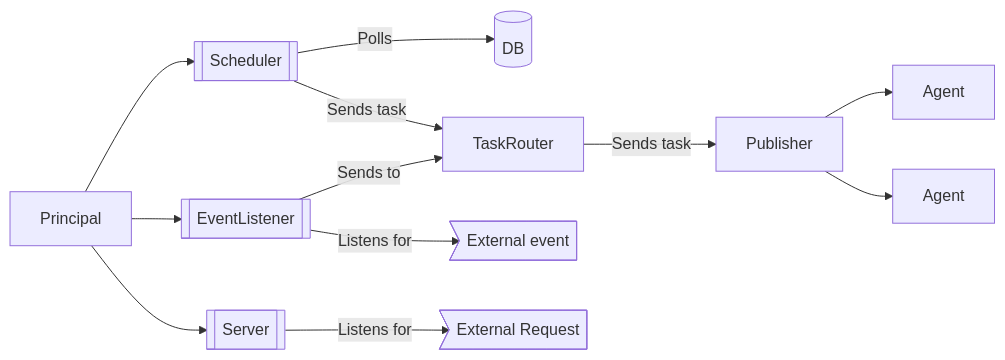
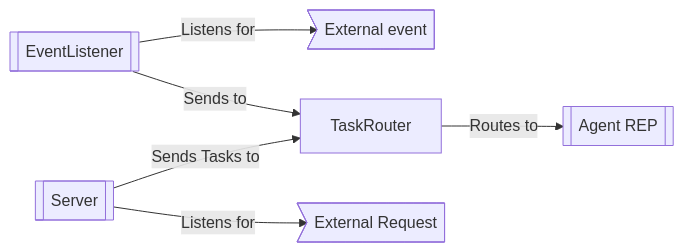
The second of 2 diagrams in cdkr-book/src/principals_vs_agents.md (nicelgueta/cdktr), drawn with Mermaid before and after one commit. The commit also changed other lines of this file and 14 other files, not shown here.

````diff
--- a/cdkr-book/src/principals_vs_agents.md
+++ b/cdkr-book/src/principals_vs_agents.md
@@ -36,15 +31,9 @@
 ```mermaid
 graph LR
-    B[Principal] --> C[[Scheduler]]
-    C -->|Polls| DB[(DB)]
-    C -->|Sends task| A[TaskRouter]
-    A -->|Sends task| D[Publisher]
-    D --> E[Agent]
-    D --> F[Agent]
-    B --> G[[Server]]
-    B --> H[[EventListener]]
-    H -->|Listens for| I>External event]
-    H -->|Sends to| A
-    G -->|Listens for| J>External Request]
+    H[[EventListener]] -->|Listens for| I>External event]
+    H -->|Sends to| A[TaskRouter]
+    G[[Server]] -->|Listens for| J>External Request]
+    G -->|Sends Tasks to| A
+    A -->|Routes to| B[[Agent REP]]
 
 ```
````
